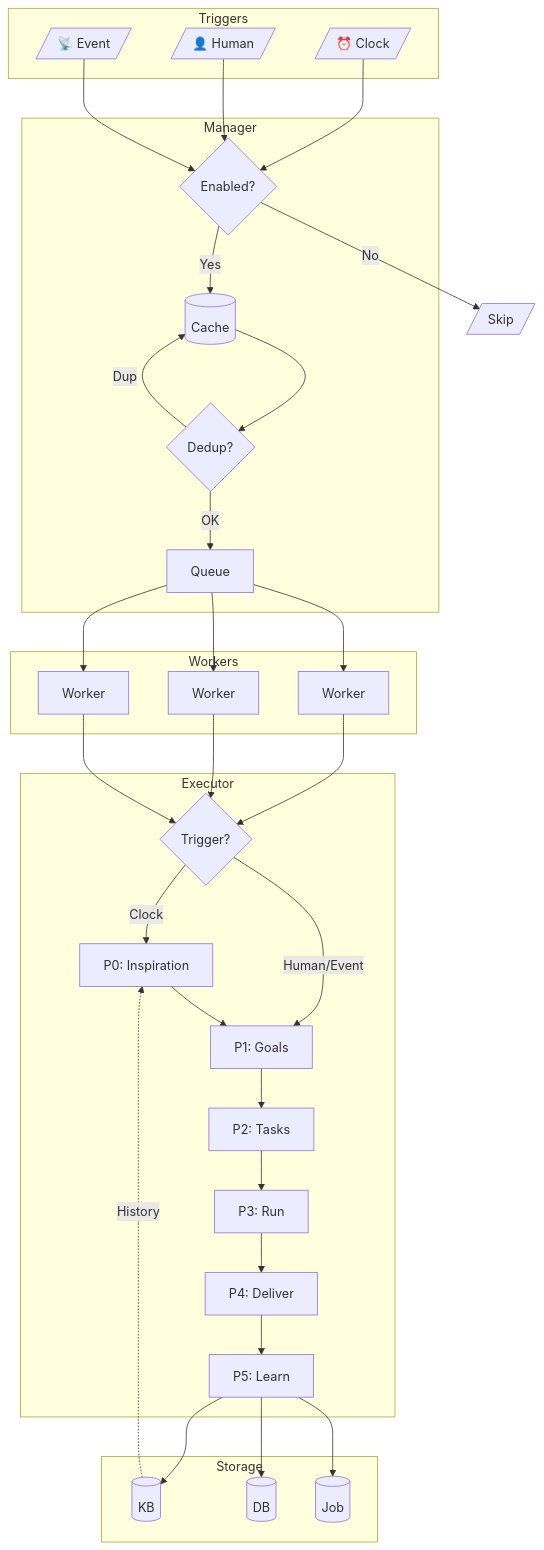
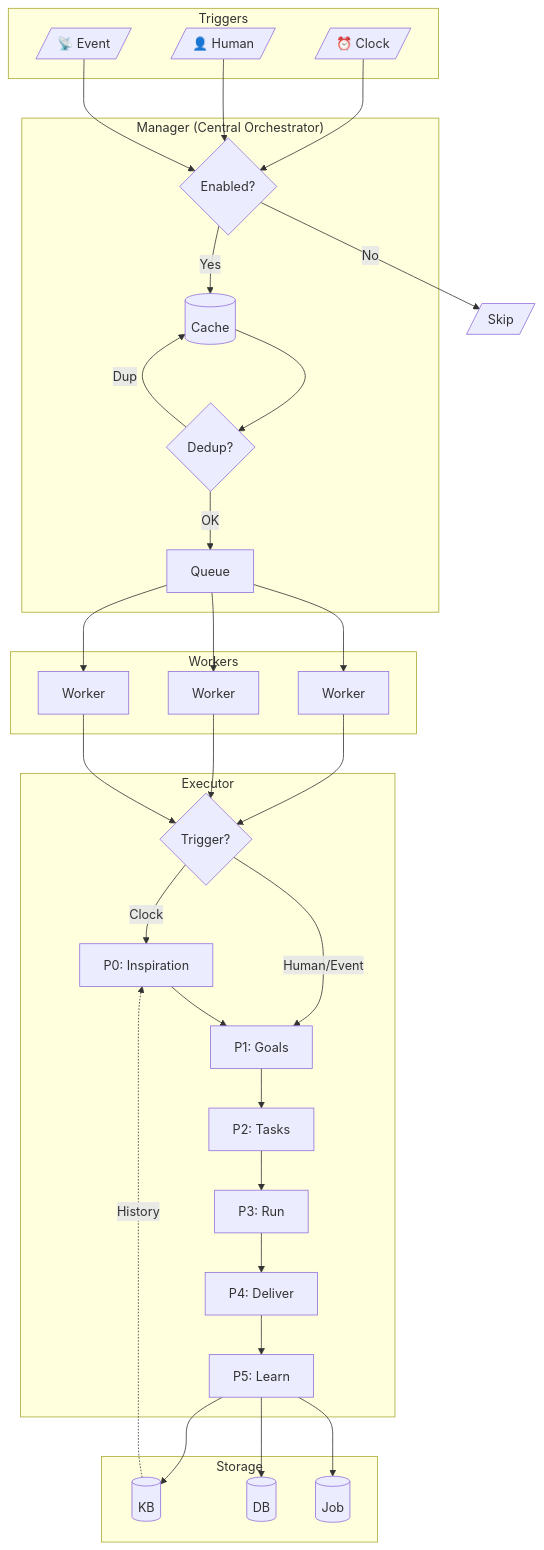
One commit to YaoApp/yao changed the first of 5 diagrams in agent/robot/DESIGN.md. Above: the diagram before and after it, drawn with Mermaid. The commit also changed other lines of this file and 12 other files, not shown here.

````diff
--- a/agent/robot/DESIGN.md
+++ b/agent/robot/DESIGN.md
@@ -21,52 +29,52 @@
 ```mermaid
 flowchart TB
     subgraph Triggers["Triggers"]
         WC[/"⏰ Clock"/]
         HI[/"👤 Human"/]
         EV[/"📡 Event"/]
     end
 
-    subgraph Manager["Manager"]
+    subgraph Manager["Manager (Central Orchestrator)"]
         TC{"Enabled?"}
         Cache[("Cache")]
         Dedup{"Dedup?"}
         Queue["Queue"]
     end
 
     subgraph Pool["Workers"]
         W1["Worker"]
         W2["Worker"]
         W3["Worker"]
     end
 
     subgraph Executor["Executor"]
         TT{"Trigger?"}
         P0["P0: Inspiration"]
         P1["P1: Goals"]
         P2["P2: Tasks"]
         P3["P3: Run"]
         P4["P4: Deliver"]
         P5["P5: Learn"]
     end
 
     subgraph Storage["Storage"]
         KB[("KB")]
         DB[("DB")]
         Job[("Job")]
     end
 
     WC --> TC
     HI & EV --> TC
     TC -->|Yes| Cache
     TC -->|No| X[/Skip/]
     Cache --> Dedup
     Dedup -->|OK| Queue
     Dedup -->|Dup| Cache
     Queue --> W1 & W2 & W3
     W1 & W2 & W3 --> TT
     TT -->|Clock| P0
     TT -->|Human/Event| P1
     P0 --> P1 --> P2 --> P3 --> P4 --> P5
     P5 --> KB & DB & Job
     KB -.->|History| P0
 ```
````
